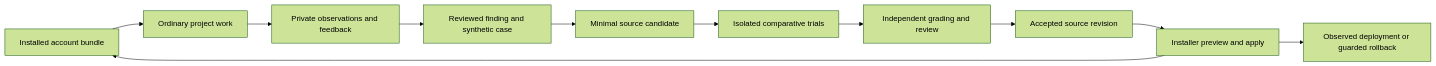
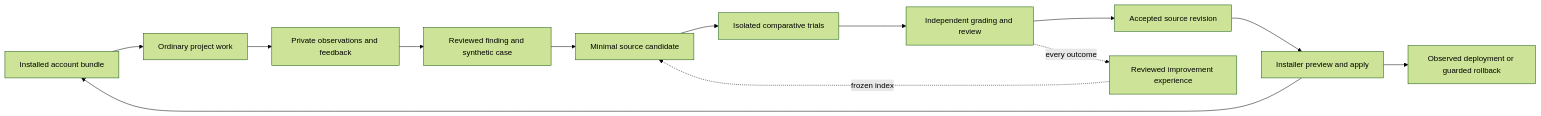
Before and after one commit to hwanjjang/agent-dotfiles: the diagram in docs/decisions/account-improvement-loop.md, drawn with Mermaid (forest theme). The commit also changed other lines of this file and 7 other files, not shown here.

First line of the commit message:
docs: define reviewed improvement experience records

````diff
--- a/docs/decisions/account-improvement-loop.md
+++ b/docs/decisions/account-improvement-loop.md
@@ -36,13 +36,15 @@
 ```mermaid
 flowchart LR
     A[Installed account bundle] --> B[Ordinary project work]
     B --> C[Private observations and feedback]
     C --> D[Reviewed finding and synthetic case]
     D --> E[Minimal source candidate]
     E --> F[Isolated comparative trials]
     F --> G[Independent grading and review]
     G --> H[Accepted source revision]
     H --> I[Installer preview and apply]
     I --> A
     I --> J[Observed deployment or guarded rollback]
+    G -. every outcome .-> K[Reviewed improvement experience]
+    K -. frozen index .-> E
 ```
````
